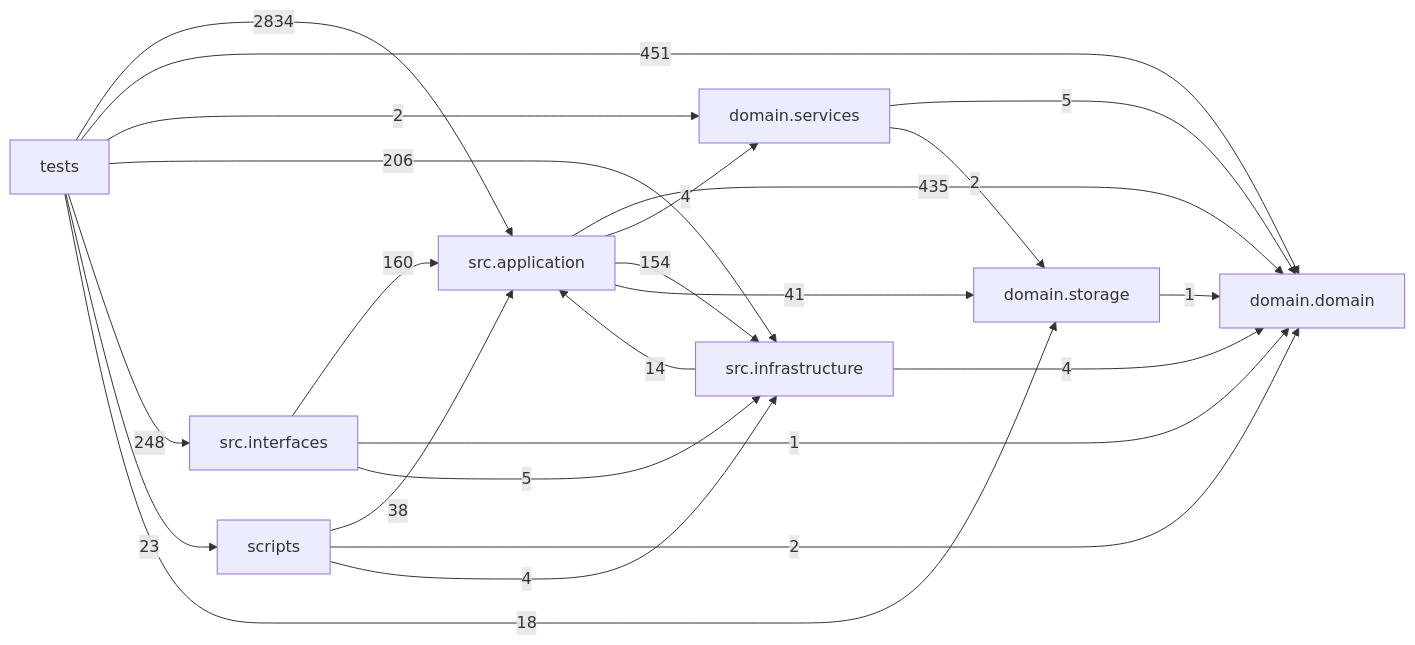
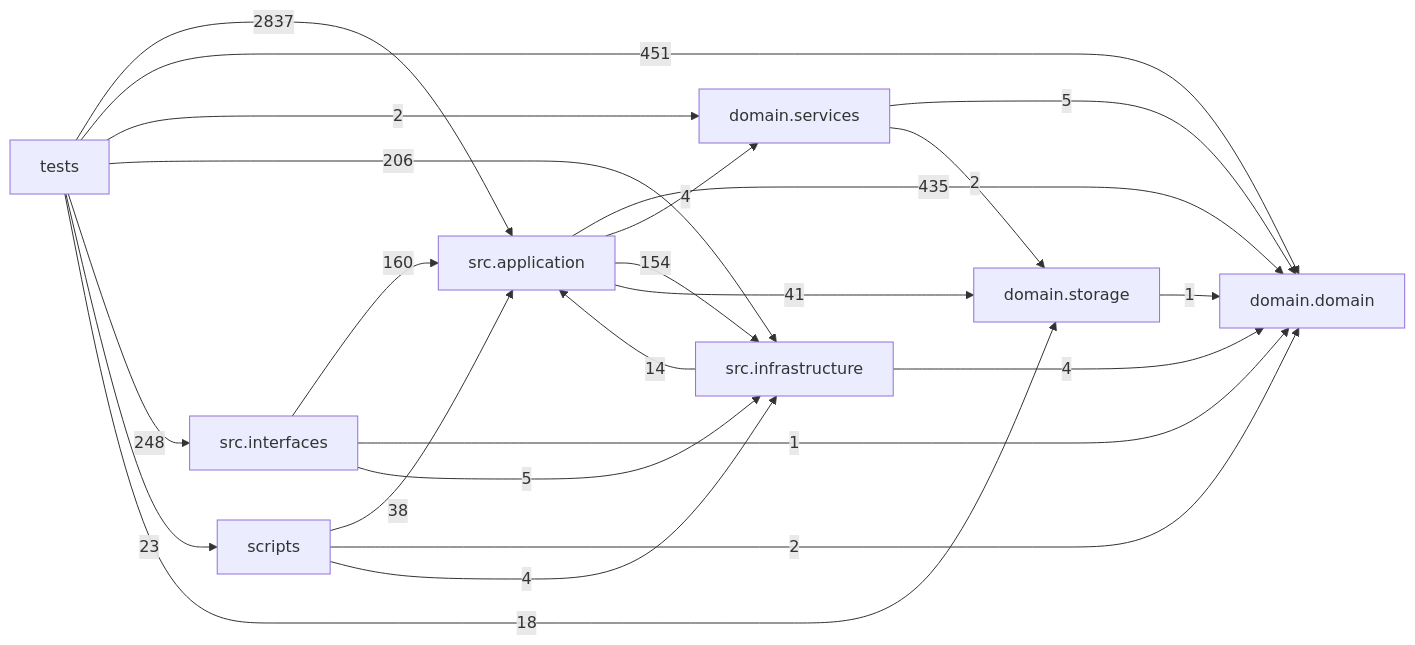
The diagram in docs/DEPENDENCY_GRAPH.md (liuxie066/options-monitor), drawn with Mermaid before and after one commit. The commit also changed other lines of this file and 3 other files, not shown here.

````diff
--- a/docs/DEPENDENCY_GRAPH.md
+++ b/docs/DEPENDENCY_GRAPH.md
@@ -24,33 +24,33 @@
 ```mermaid
 flowchart LR
   tests["tests"]
   scripts["scripts"]
   interfaces["src.interfaces"]
   application["src.application"]
   infrastructure["src.infrastructure"]
   domain_services["domain.services"]
   domain["domain.domain"]
   storage["domain.storage"]
   application -->|435| domain
   application -->|4| domain_services
   application -->|154| infrastructure
   application -->|41| storage
   domain_services -->|5| domain
   domain_services -->|2| storage
   infrastructure -->|14| application
   infrastructure -->|4| domain
   interfaces -->|160| application
   interfaces -->|1| domain
   interfaces -->|5| infrastructure
   scripts -->|38| application
   scripts -->|2| domain
   scripts -->|4| infrastructure
   storage -->|1| domain
-  tests -->|2834| application
+  tests -->|2837| application
   tests -->|451| domain
   tests -->|2| domain_services
   tests -->|206| infrastructure
   tests -->|248| interfaces
   tests -->|23| scripts
   tests -->|18| storage
 ```
````
